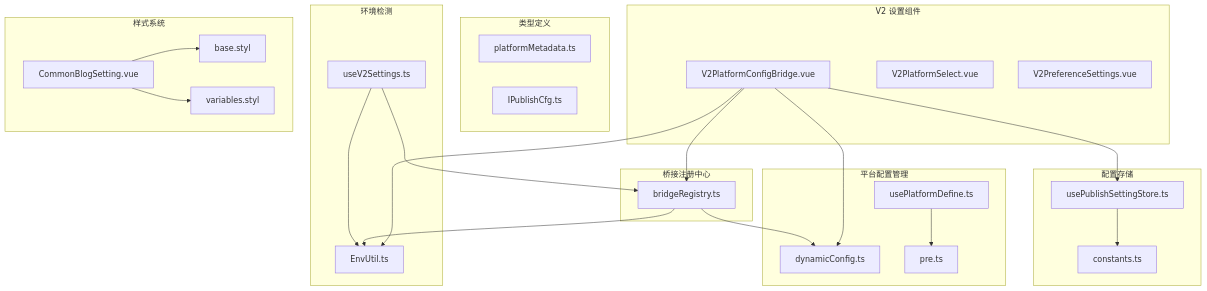
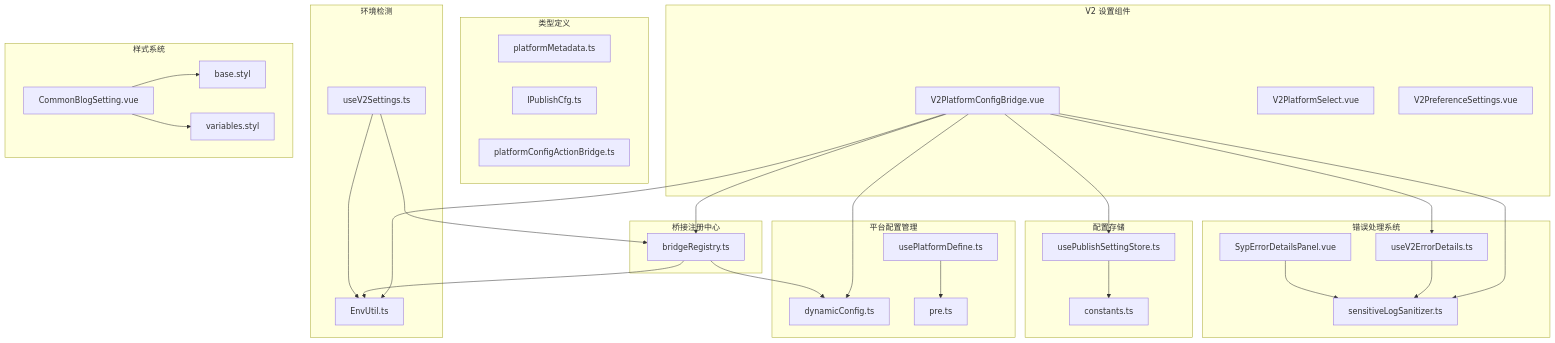
One commit to terwer/siyuan-plugin-publisher changed the first of 8 diagrams in .qoder/repowiki/zh/content/V2 平台配置桥组件.md. Above: the diagram before and after it, drawn with Mermaid. The commit also changed other lines of this file and 15 other files, not shown here.

````diff
--- a/.qoder/repowiki/zh/content/V2 平台配置桥组件.md
+++ b/.qoder/repowiki/zh/content/V2 平台配置桥组件.md
@@ -66,45 +74,55 @@
 ```mermaid
 graph TB
 subgraph "V2 设置组件"
 A[V2PlatformConfigBridge.vue]
 B[V2PlatformSelect.vue]
 C[V2PreferenceSettings.vue]
 end
 subgraph "桥接注册中心"
 D[bridgeRegistry.ts]
 end
 subgraph "平台配置管理"
 E[dynamicConfig.ts]
 F[usePlatformDefine.ts]
 G[pre.ts]
 end
 subgraph "配置存储"
 H[usePublishSettingStore.ts]
 I[constants.ts]
 end
 subgraph "类型定义"
 J[platformMetadata.ts]
 K[IPublishCfg.ts]
+L[platformConfigActionBridge.ts]
 end
 subgraph "环境检测"
-L[EnvUtil.ts]
-M[useV2Settings.ts]
+M[EnvUtil.ts]
+N[useV2Settings.ts]
+end
+subgraph "错误处理系统"
+O[useV2ErrorDetails.ts]
+P[SypErrorDetailsPanel.vue]
+Q[sensitiveLogSanitizer.ts]
 end
 subgraph "样式系统"
-N[base.styl]
-O[variables.styl]
-P[CommonBlogSetting.vue]
+R[base.styl]
+S[variables.styl]
+T[CommonBlogSetting.vue]
 end
 A --> D
 A --> E
 A --> H
-A --> L
+A --> M
+A --> O
+A --> Q
 D --> E
-D --> L
+D --> M
 F --> G
 H --> I
-M --> D
-M --> L
-P --> N
-P --> O
+N --> D
+N --> M
+O --> Q
+P --> Q
+T --> R
+T --> S
 ```
````
